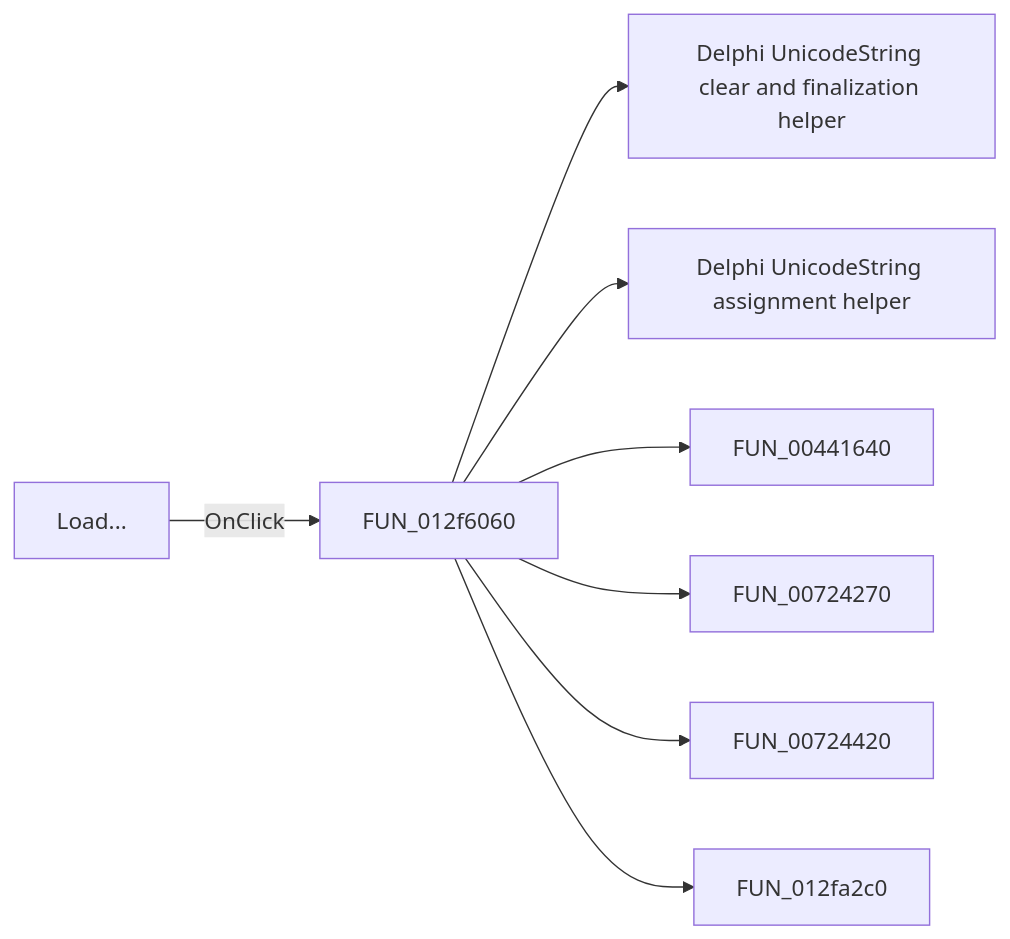
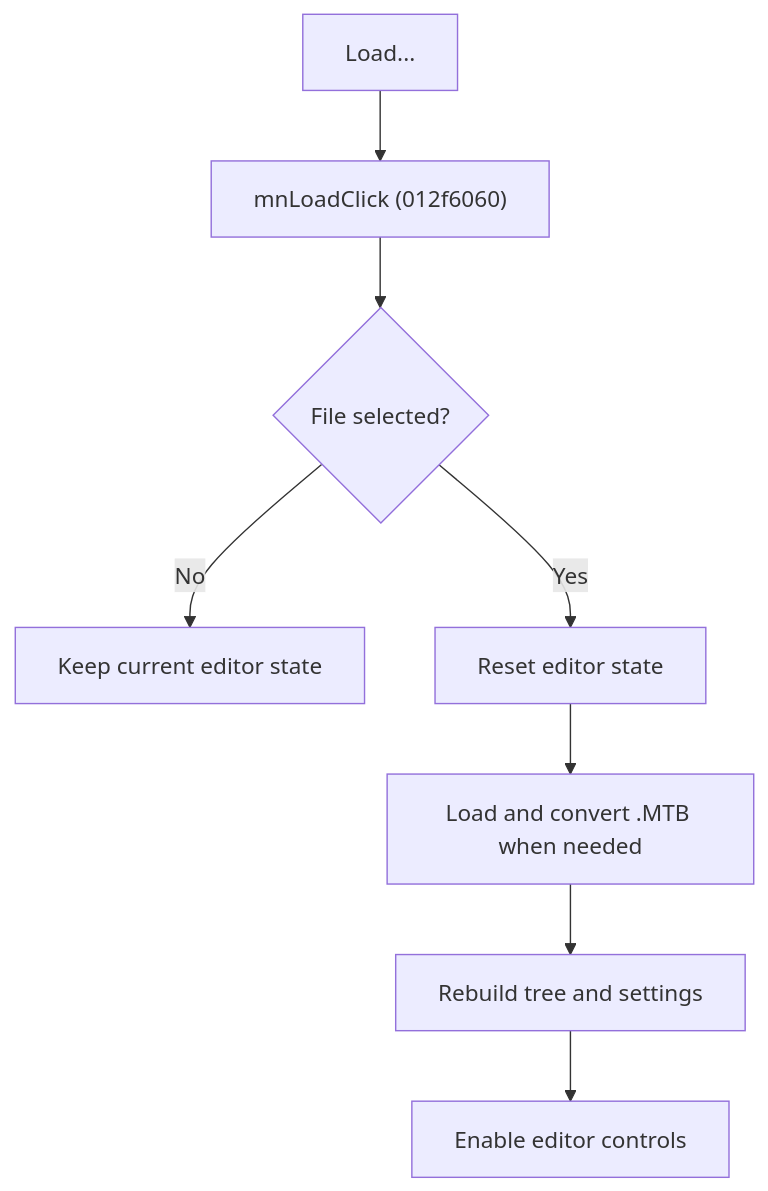
Before and after one commit to MovGP0/TIARA: the diagram in docs/ui-controls/frmmodeltestbencheditor/mnload-ed0458c5ad.md, drawn with Mermaid. The commit also changed other lines of this file and 387 other files, not shown here.

````diff
--- a/docs/ui-controls/frmmodeltestbencheditor/mnload-ed0458c5ad.md
+++ b/docs/ui-controls/frmmodeltestbencheditor/mnload-ed0458c5ad.md
@@ -27,10 +29,10 @@
 ```mermaid
-flowchart LR
-    control["Load..."] -->|OnClick| handler["FUN_012f6060"]
-    handler --> call1["Delphi UnicodeString clear and finalization helper"]
-    handler --> call2["Delphi UnicodeString assignment helper"]
-    handler --> call3["FUN_00441640"]
-    handler --> call4["FUN_00724270"]
-    handler --> call5["FUN_00724420"]
-    handler --> call6["FUN_012fa2c0"]
+flowchart TD
+    control["Load..."] --> handler["mnLoadClick (012f6060)"]
+    handler --> accepted{"File selected?"}
+    accepted -->|No| stop["Keep current editor state"]
+    accepted -->|Yes| reset["Reset editor state"]
+    reset --> load["Load and convert .MTB when needed"]
+    load --> rebuild["Rebuild tree and settings"]
+    rebuild --> enable["Enable editor controls"]
 ```
````
